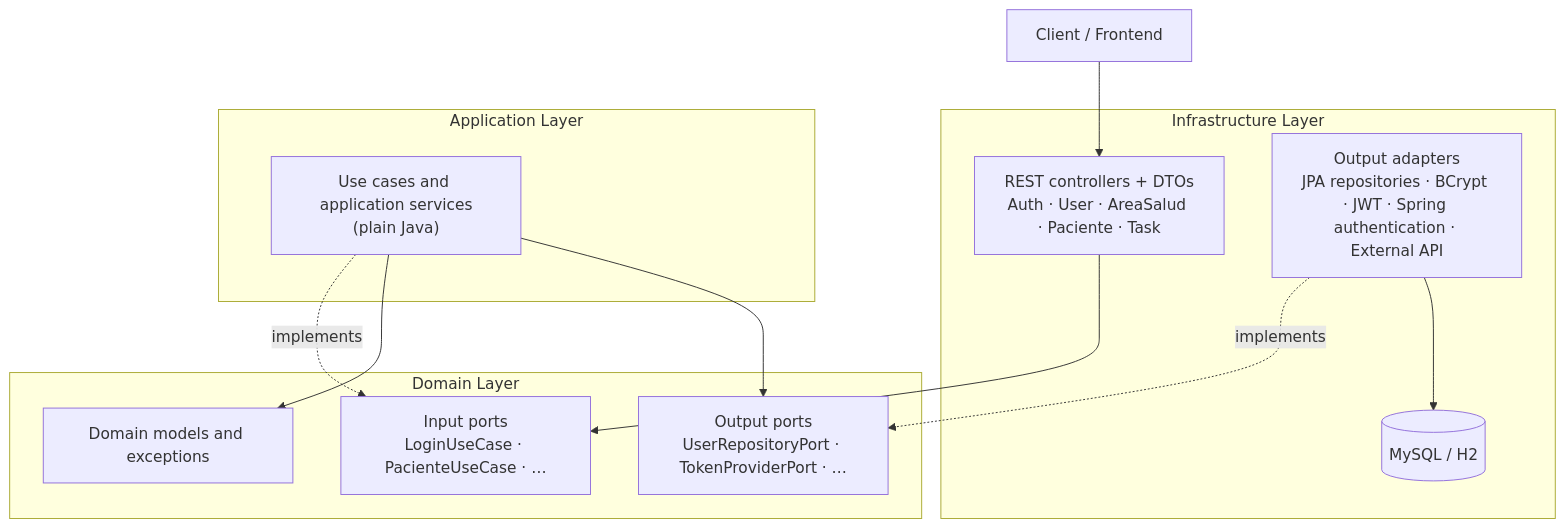
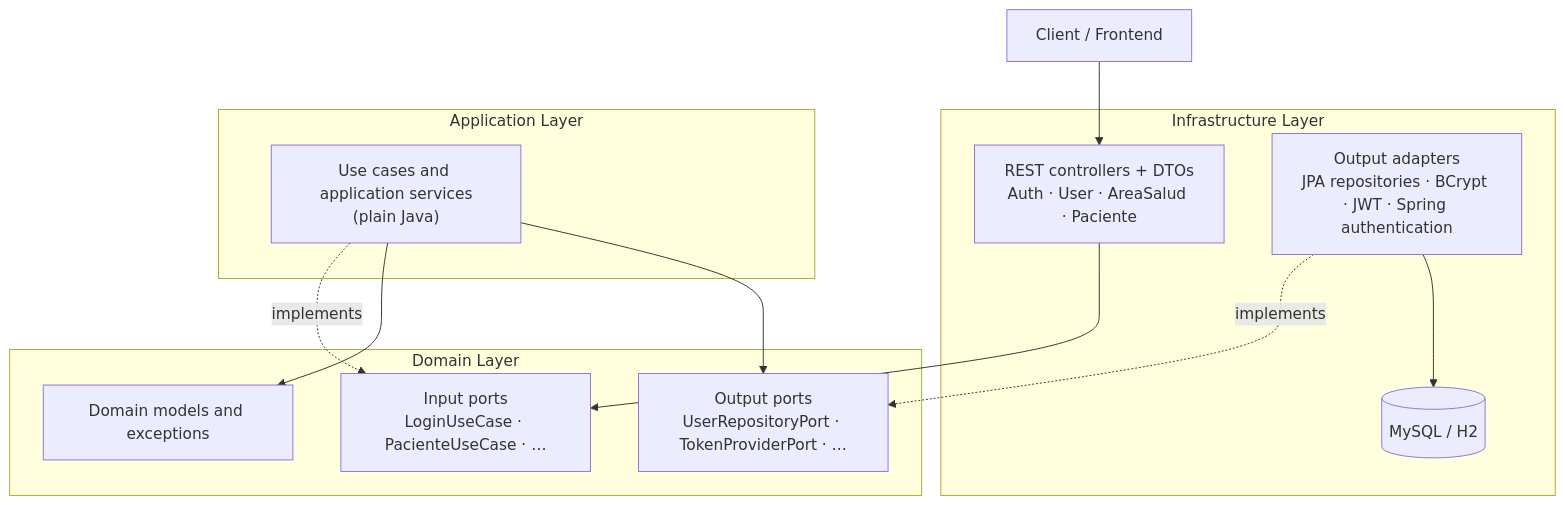
Before and after one commit to josuexpositoacosta/oropouche: the first of 2 diagrams in README.md, drawn with Mermaid. The commit also changed other lines of this file and 31 other files, not shown here.

````diff
--- a/README.md
+++ b/README.md
@@ -46,28 +46,28 @@
 ```mermaid
 flowchart TB
     CLIENT["Client / Frontend"]
 
     subgraph INFRA["Infrastructure Layer"]
-        CTRL["REST controllers + DTOs<br/>Auth · User · AreaSalud · Paciente · Task"]
-        ADAPTERS["Output adapters<br/>JPA repositories · BCrypt · JWT · Spring authentication · External API"]
+        CTRL["REST controllers + DTOs<br/>Auth · User · AreaSalud · Paciente"]
+        ADAPTERS["Output adapters<br/>JPA repositories · BCrypt · JWT · Spring authentication"]
         DB[("MySQL / H2")]
     end
 
     subgraph APP["Application Layer"]
         USECASE["Use cases and application services<br/>(plain Java)"]
     end
 
     subgraph DOMAIN["Domain Layer"]
         IN["Input ports<br/>LoginUseCase · PacienteUseCase · …"]
         MODEL["Domain models and exceptions"]
         OUT["Output ports<br/>UserRepositoryPort · TokenProviderPort · …"]
     end
 
     CLIENT --> CTRL
     CTRL --> IN
     USECASE -.implements.-> IN
     USECASE --> MODEL
     USECASE --> OUT
     ADAPTERS -.implements.-> OUT
     ADAPTERS --> DB
 ```
````
